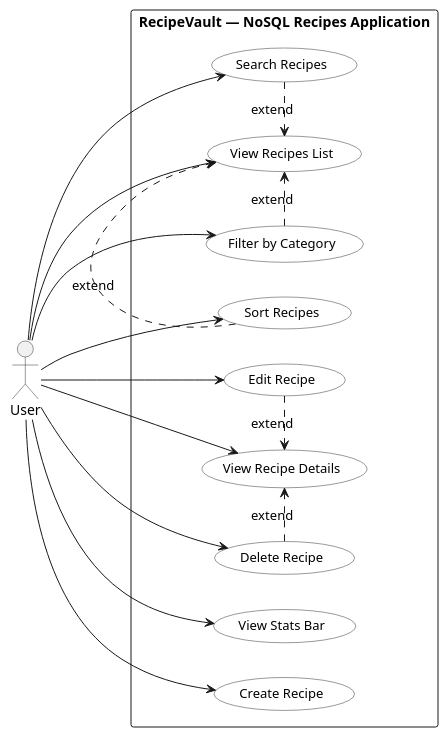
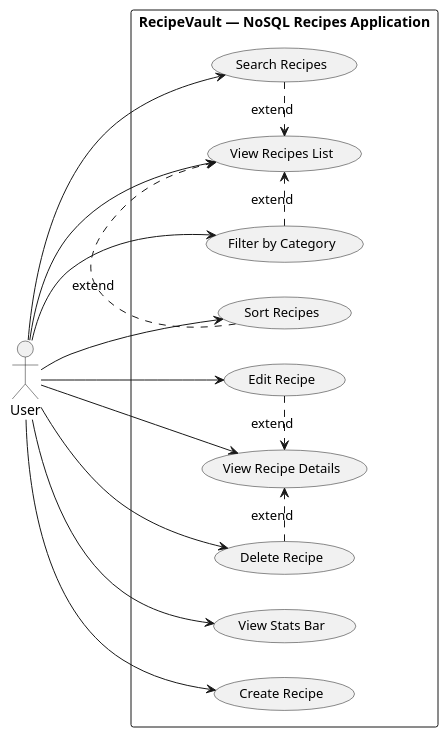
One commit to ArwaMohey/ADB-Project changed the first of 8 diagrams in DOCUMENTATION.md. Above: the diagram before and after it, drawn with PlantUML. The commit also changed other lines of this file, not shown here.

First line of the commit message:
docs: add skinparam monochrome true to all PlantUML blocks and add NoSQL ERD diagram (Section 2.8)"

````diff
--- a/DOCUMENTATION.md
+++ b/DOCUMENTATION.md
@@ -92,47 +93,43 @@
 ```plantuml
 @startuml RecipeVault_UseCaseDiagram
+skinparam monochrome true
 left to right direction
 skinparam packageStyle rectangle
 skinparam usecase {
-  BackgroundColor White
-  BorderColor #333333
   FontSize 13
-}
-skinparam actor {
-  BorderColor #333333
 }
 
 actor User
 
 rectangle "RecipeVault — NoSQL Recipes Application" {
 
   usecase "View Recipes List"    as UC1
   usecase "View Recipe Details"  as UC2
   usecase "Search Recipes"       as UC3
   usecase "Filter by Category"   as UC4
   usecase "Sort Recipes"         as UC5
   usecase "View Stats Bar"       as UC6
   usecase "Create Recipe"        as UC7
   usecase "Edit Recipe"          as UC8
   usecase "Delete Recipe"        as UC9
 
 }
 
 User --> UC1
 User --> UC2
 User --> UC3
 User --> UC4
 User --> UC5
 User --> UC6
 User --> UC7
 User --> UC8
 User --> UC9
 
 UC3 .> UC1 : «extend»
 UC4 .> UC1 : «extend»
 UC5 .> UC1 : «extend»
 UC8 .> UC2 : «extend»
 UC9 .> UC2 : «extend»
 
 @enduml
 ```
````
